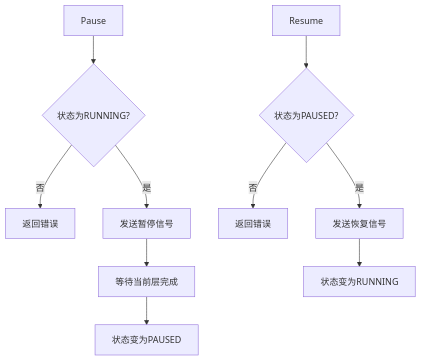
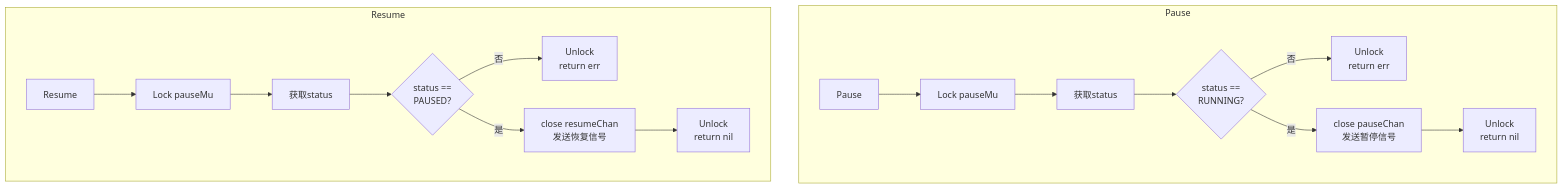
Before and after one commit to LerkoX/flowx: the tenth of 12 diagrams in FLOWS.md, drawn with Mermaid. The commit also changed other lines of this file and 6 other files, not shown here.

First line of the commit message:
docs: enhance module flow diagrams with detailed implementation flows

````diff
--- a/FLOWS.md
+++ b/FLOWS.md
@@ -82,13 +261,20 @@
 ```mermaid
 flowchart TD
-    A[Pause] --> B{状态为RUNNING?}
-    B -->|否| C[返回错误]
-    B -->|是| D[发送暂停信号]
-    D --> E[等待当前层完成]
-    E --> F[状态变为PAUSED]
+    subgraph Pause
+    A[Pause] --> B[Lock pauseMu]
+    B --> C[获取status]
+    C --> D{status ==<br/>RUNNING?}
+    D -->|否| E[Unlock<br/>return err]
+    D -->|是| F[close pauseChan<br/>发送暂停信号]
+    F --> G[Unlock<br/>return nil]
+    end
 
-    A2[Resume] --> G{状态为PAUSED?}
-    G -->|否| H[返回错误]
-    G -->|是| I[发送恢复信号]
-    I --> J[状态变为RUNNING]
+    subgraph Resume
+    H[Resume] --> I[Lock pauseMu]
+    I --> J[获取status]
+    J --> K{status ==<br/>PAUSED?}
+    K -->|否| L[Unlock<br/>return err]
+    K -->|是| M[close resumeChan<br/>发送恢复信号]
+    M --> N[Unlock<br/>return nil]
+    end
 ```
````
